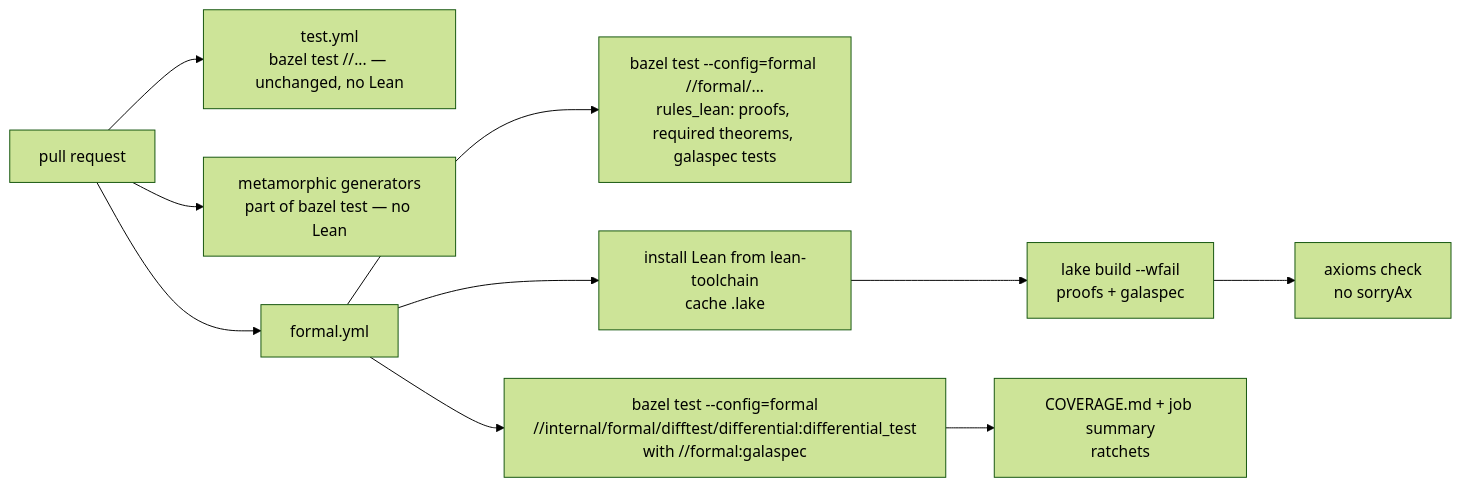
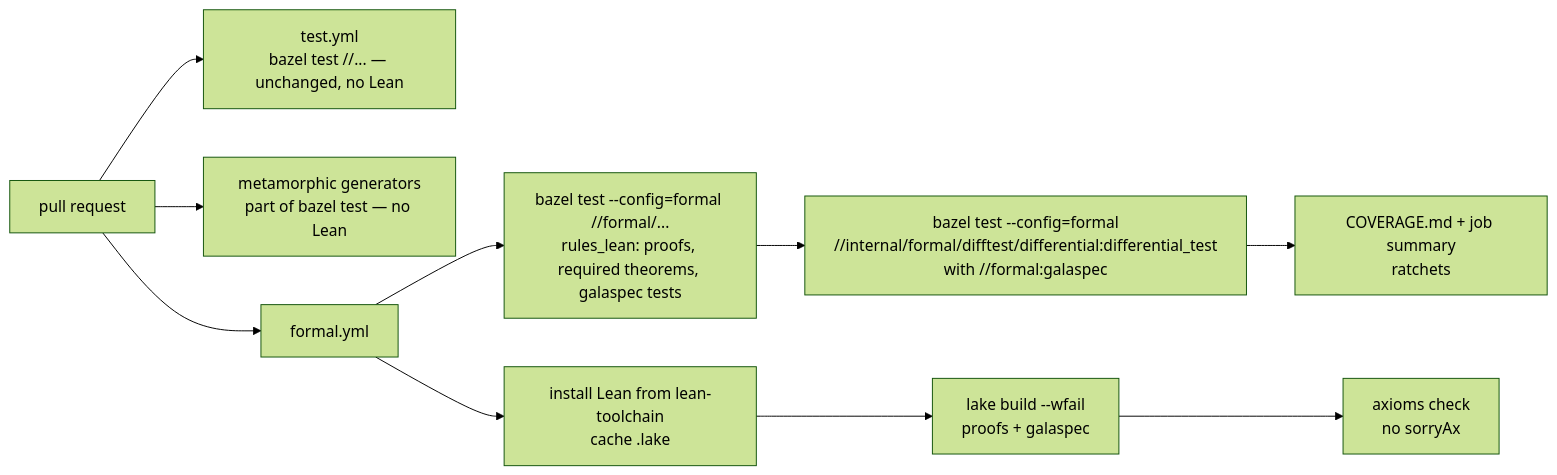
One commit to martianoff/gala changed the third of 4 diagrams in docs/FORMAL_SEMANTICS.MD. Above: the diagram before and after it, drawn with Mermaid (forest theme). The commit also changed other lines of this file and 6 other files, not shown here.

First line of the commit message:
build(formal): one Bazel Lean build in CI; galaspec command-line test

````diff
--- a/docs/FORMAL_SEMANTICS.MD
+++ b/docs/FORMAL_SEMANTICS.MD
@@ -272,12 +273,12 @@
 ```mermaid
 flowchart LR
     PR[pull request] --> T[test.yml<br/>bazel test //... — unchanged, no Lean]
     PR --> M[metamorphic generators<br/>part of bazel test — no Lean]
     PR --> F[formal.yml]
     F --> B1[bazel test --config=formal //formal/...<br/>rules_lean: proofs, required theorems, galaspec tests]
     F --> L1[install Lean from lean-toolchain<br/>cache .lake]
     L1 --> L2[lake build --wfail<br/>proofs + galaspec]
     L2 --> L3[axioms check<br/>no sorryAx]
-    F --> L4[bazel test --config=formal<br/>//internal/formal/difftest/differential:differential_test<br/>with //formal:galaspec]
+    B1 --> L4[bazel test --config=formal<br/>//internal/formal/difftest/differential:differential_test<br/>with //formal:galaspec]
     L4 --> L5[COVERAGE.md + job summary<br/>ratchets]
 ```
````
